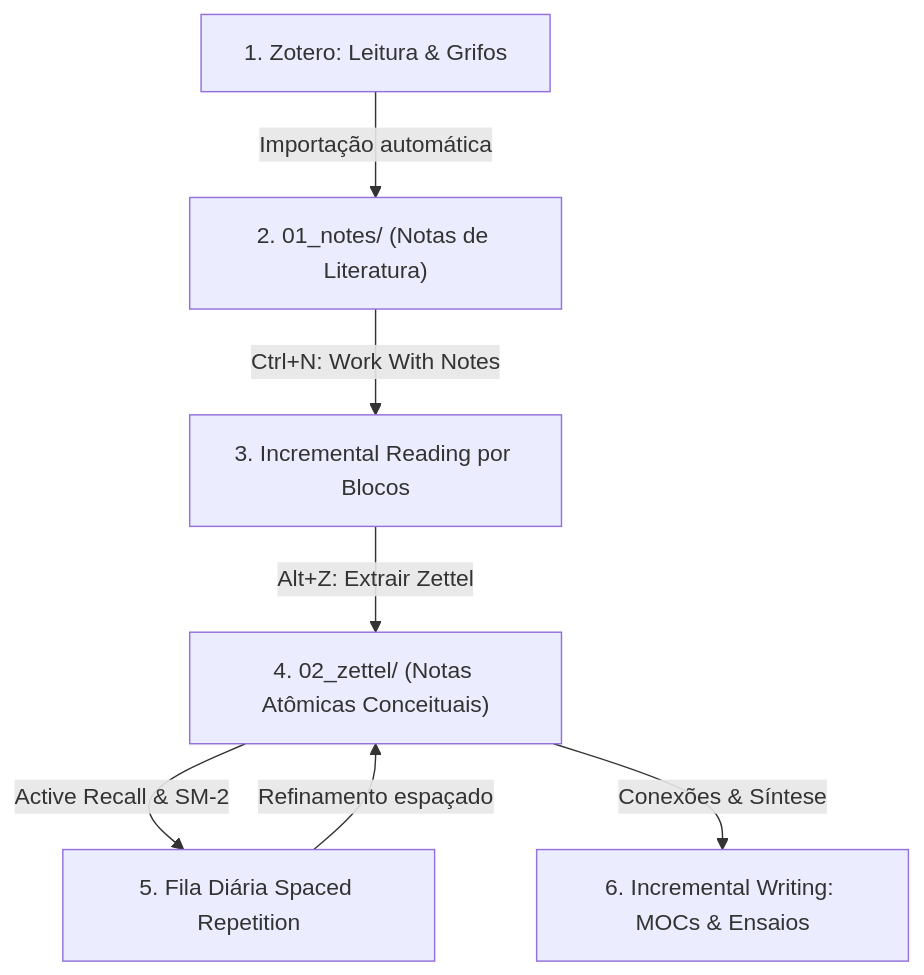
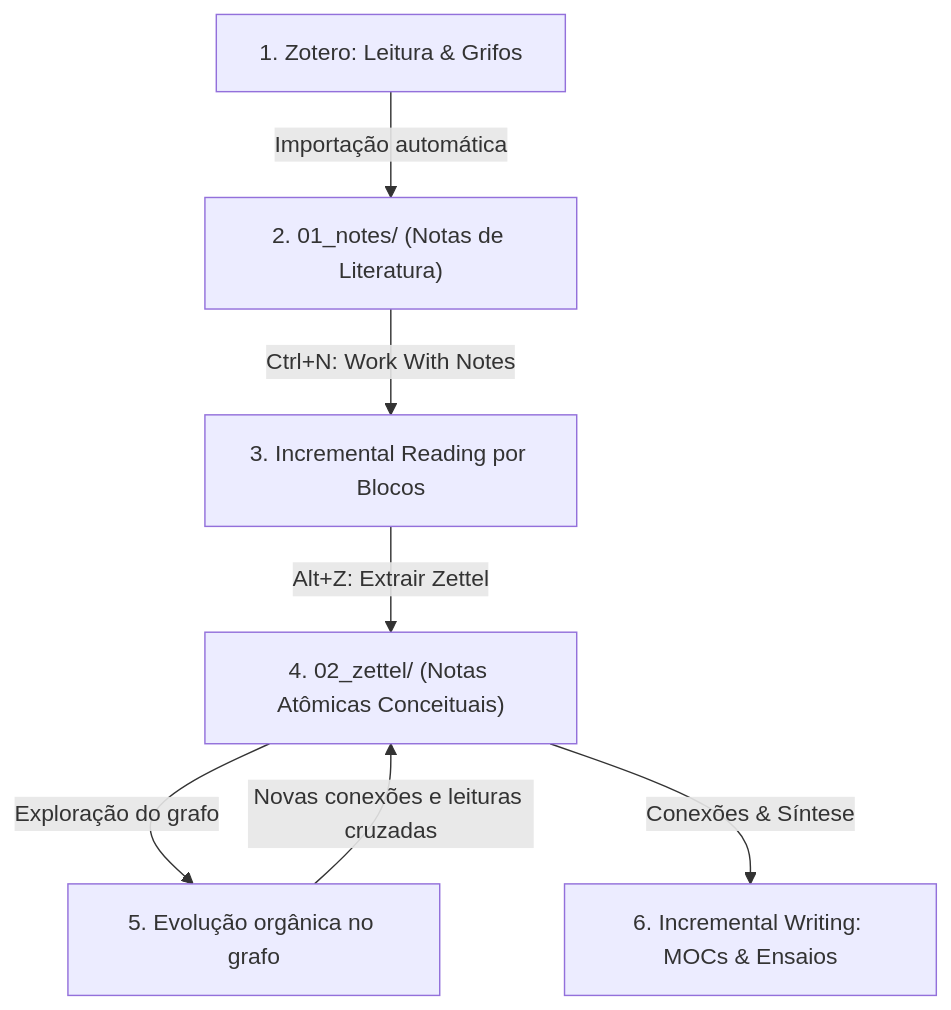
Before and after one commit to Alexandre-Mir/historia: the diagram in fluxo.md, drawn with Mermaid. The commit also changed other lines of this file and 98 other files, not shown here.

````diff
--- a/fluxo.md
+++ b/fluxo.md
@@ -7,9 +7,9 @@
 ```mermaid
 flowchart TD
     A["1. Zotero: Leitura & Grifos"] -->|Importação automática| B["2. 01_notes/ (Notas de Literatura)"]
     B -->|Ctrl+N: Work With Notes| C["3. Incremental Reading por Blocos"]
     C -->|Alt+Z: Extrair Zettel| D["4. 02_zettel/ (Notas Atômicas Conceituais)"]
-    D -->|Active Recall & SM-2| E["5. Fila Diária Spaced Repetition"]
-    E -->|Refinamento espaçado| D
+    D -->|Exploração do grafo| E["5. Evolução orgânica no grafo"]
+    E -->|Novas conexões e leituras cruzadas| D
     D -->|Conexões & Síntese| F["6. Incremental Writing: MOCs & Ensaios"]
 ```
````
